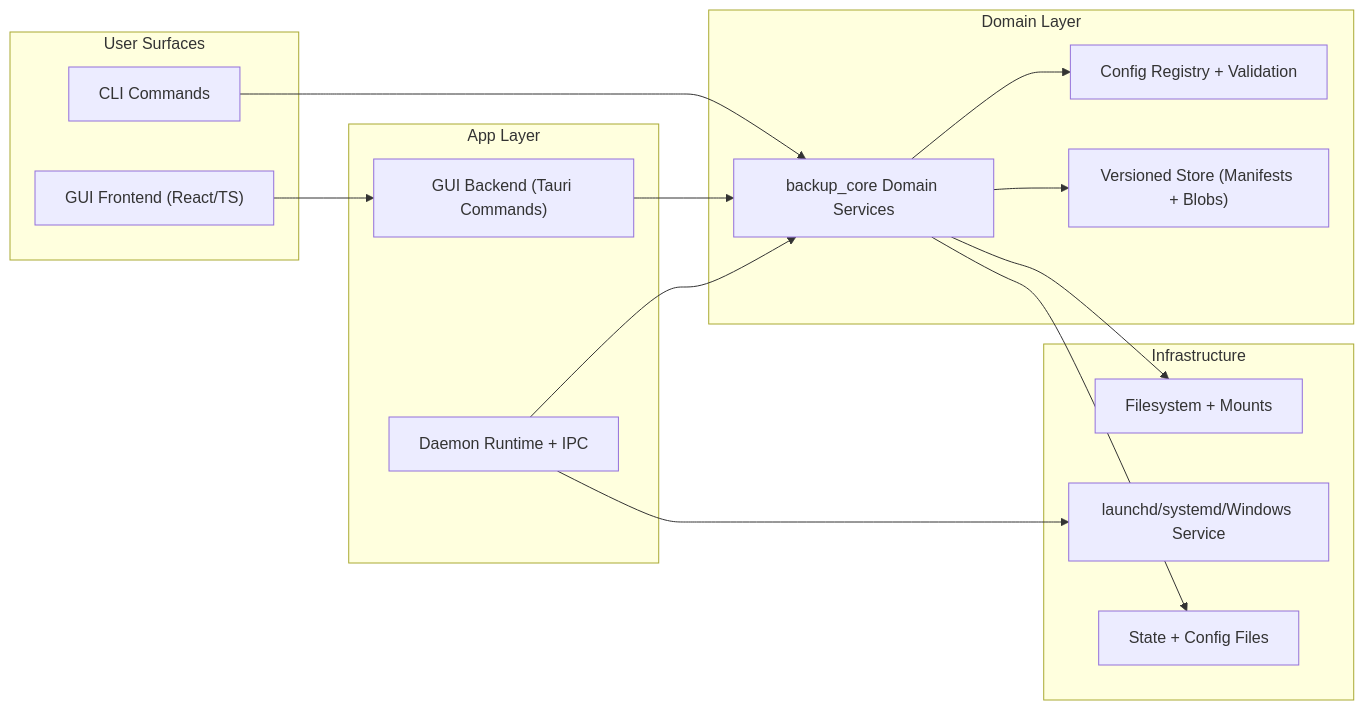
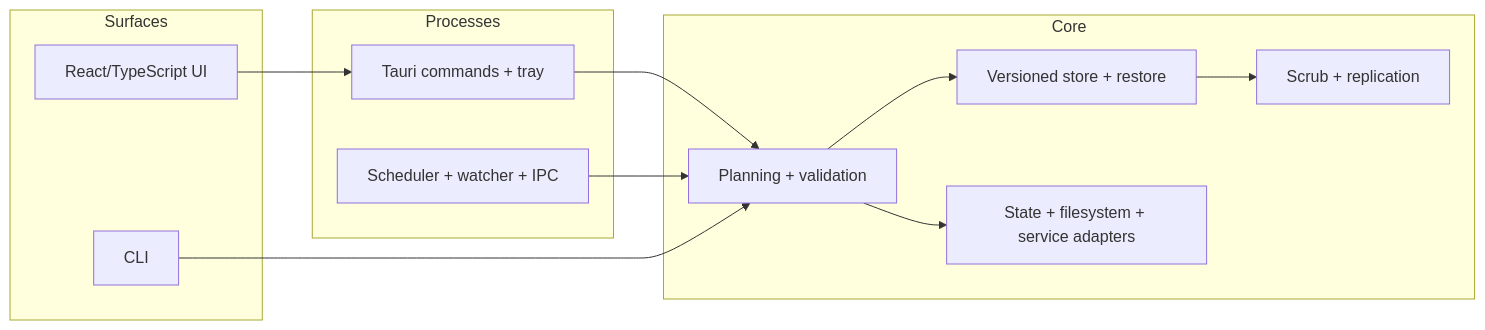
The diagram in docs/architecture.md (hydroLB/backup-sync), drawn with Mermaid before and after one commit. The commit also changed other lines of this file and 299 other files, not shown here.

````diff
--- a/docs/architecture.md
+++ b/docs/architecture.md
@@ -15,34 +9,24 @@
 ```mermaid
 flowchart LR
-  subgraph "User Surfaces"
-    UI["GUI Frontend (React/TS)"]
-    CLI["CLI Commands"]
+  subgraph Surfaces
+    UI["React/TypeScript UI"]
+    CLI["CLI"]
   end
-
-  subgraph "App Layer"
-    TAURI["GUI Backend (Tauri Commands)"]
-    DAEMON["Daemon Runtime + IPC"]
+  subgraph Processes
+    GUI["Tauri commands + tray"]
+    DAEMON["Scheduler + watcher + IPC"]
   end
-
-  subgraph "Domain Layer"
-    CORE["backup_core Domain Services"]
-    CFG["Config Registry + Validation"]
-    STORE["Versioned Store (Manifests + Blobs)"]
+  subgraph Core
+    DOMAIN["Planning + validation"]
+    VERSIONED["Versioned store + restore"]
+    INTEGRITY["Scrub + replication"]
+    LOCAL["State + filesystem + service adapters"]
   end
-
-  subgraph "Infrastructure"
-    FS["Filesystem + Mounts"]
-    SVC["launchd/systemd/Windows Service"]
-    STATE["State + Config Files"]
-  end
-
-  UI --> TAURI
-  CLI --> CORE
-  TAURI --> CORE
-  DAEMON --> CORE
-  DAEMON --> SVC
-  CORE --> CFG
-  CORE --> STORE
-  CORE --> FS
-  CORE --> STATE
+  UI --> GUI
+  GUI --> DOMAIN
+  CLI --> DOMAIN
+  DAEMON --> DOMAIN
+  DOMAIN --> VERSIONED
+  VERSIONED --> INTEGRITY
+  DOMAIN --> LOCAL
 ```
````
